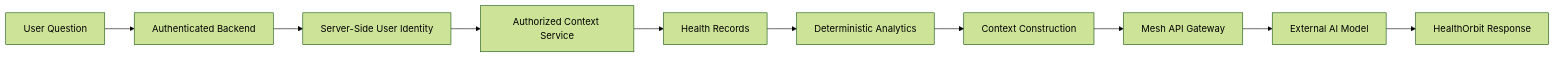
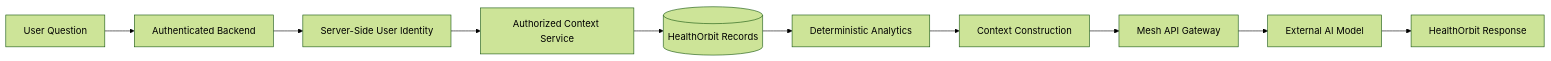
The first of 4 diagrams in README.md (Its-AtharvDeshmukh/HealthOrbit), drawn with Mermaid (forest theme) before and after one commit. The commit also changed other lines of this file, not shown here.

````diff
--- a/README.md
+++ b/README.md
@@ -269,12 +162,12 @@
 ```mermaid
 flowchart LR
     A[User Question] --> B[Authenticated Backend]
     B --> C[Server-Side User Identity]
     C --> D[Authorized Context Service]
-    D --> E[Health Records]
+    D --> E[(HealthOrbit Records)]
     E --> F[Deterministic Analytics]
     F --> G[Context Construction]
     G --> H[Mesh API Gateway]
     H --> I[External AI Model]
     I --> J[HealthOrbit Response]
 ```
````
